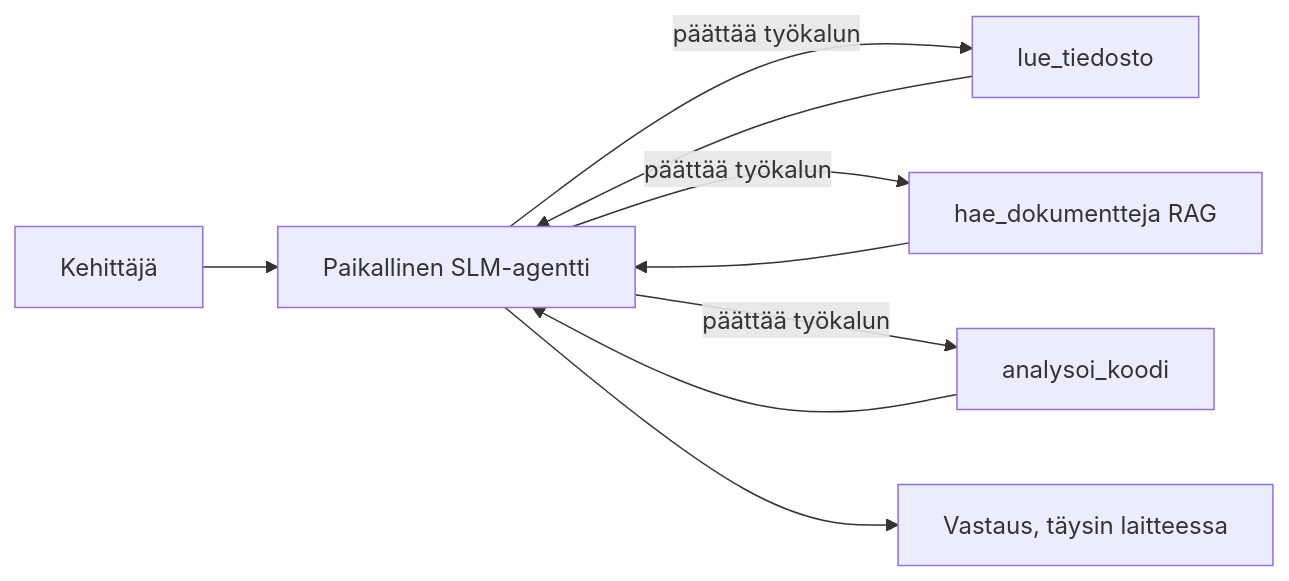
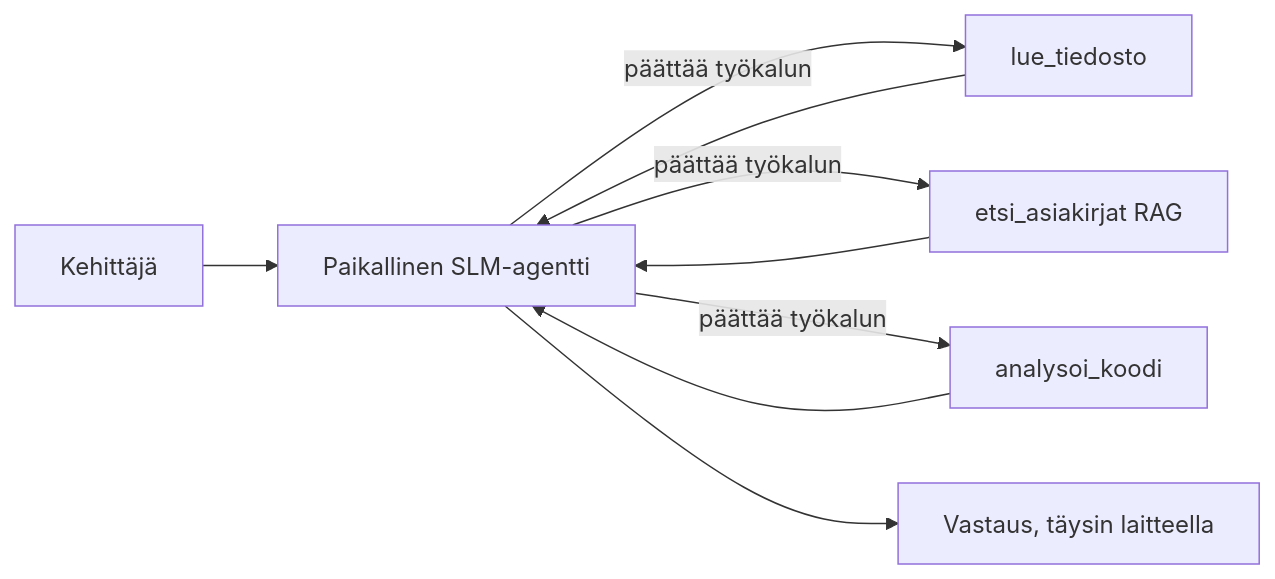
One commit to microsoft/ai-agents-for-beginners changed the first of 4 diagrams in translations/fi/17-creating-local-ai-agents/README.md. Above: the diagram before and after it, drawn with Mermaid. The commit also changed other lines of this file and 47 other files, not shown here.

````diff
--- a/translations/fi/17-creating-local-ai-agents/README.md
+++ b/translations/fi/17-creating-local-ai-agents/README.md
@@ -66,11 +66,11 @@
 ```mermaid
 flowchart LR
     U[Kehittäjä] --> A[Paikallinen SLM-agentti]
     A -->|päättää työkalun| T1[lue_tiedosto]
-    A -->|päättää työkalun| T2[hae_dokumentteja RAG]
+    A -->|päättää työkalun| T2[etsi_asiakirjat RAG]
     A -->|päättää työkalun| T3[analysoi_koodi]
     T1 --> A
     T2 --> A
     T3 --> A
-    A --> R[Vastaus, täysin laitteessa]
+    A --> R[Vastaus, täysin laitteella]
 ```
````
